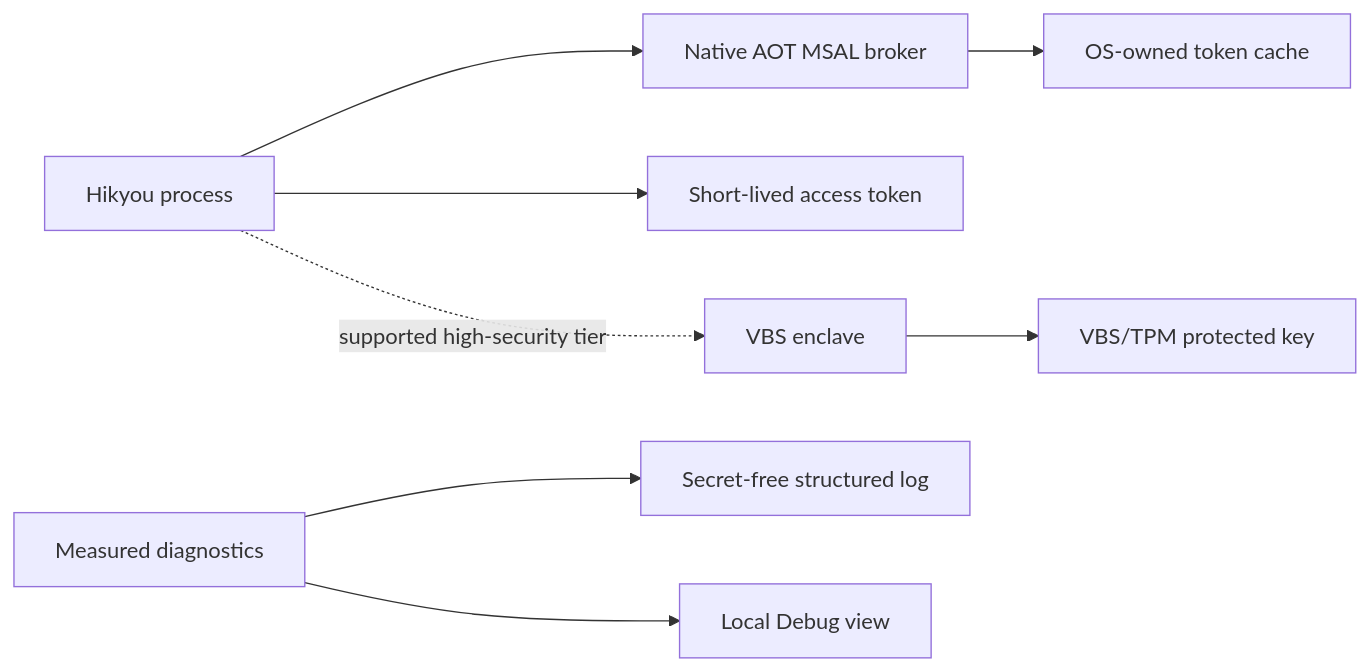
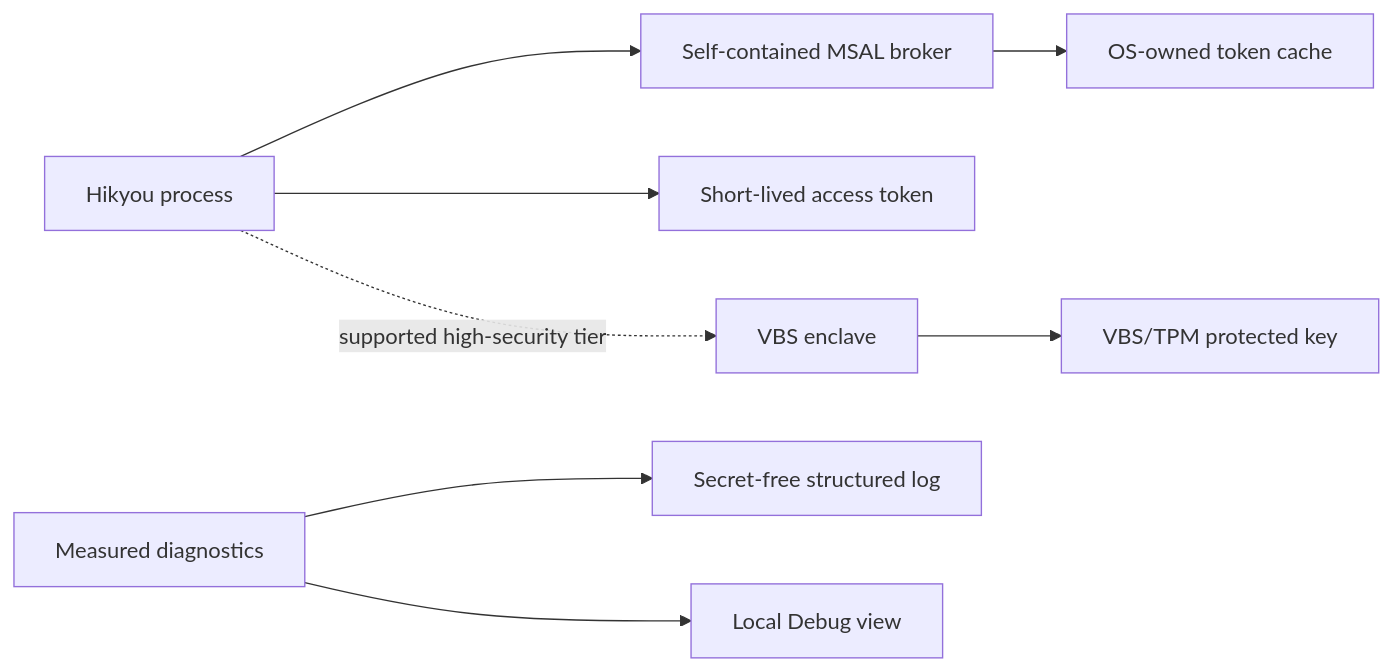
One commit to HikyouSMP/hikyou-launcher changed the diagram in docs/security/windows-credential-hardening/after.mmd. Above: the diagram before and after it, drawn with Mermaid. The commit also changed 64 other files, not shown here.

```diff
--- a/docs/security/windows-credential-hardening/after.mmd
+++ b/docs/security/windows-credential-hardening/after.mmd
@@ -1,8 +1,8 @@
 flowchart LR
-  Launcher[Hikyou process] --> Broker[Native AOT MSAL broker]
+  Launcher[Hikyou process] --> Broker[Self-contained MSAL broker]
   Broker --> OSCache[OS-owned token cache]
   Launcher --> Short[Short-lived access token]
   Launcher -. supported high-security tier .-> Enclave[VBS enclave]
   Enclave --> CNG[VBS/TPM protected key]
   Diagnostics[Measured diagnostics] --> Log[Secret-free structured log]
   Diagnostics --> Debug[Local Debug view]
```
